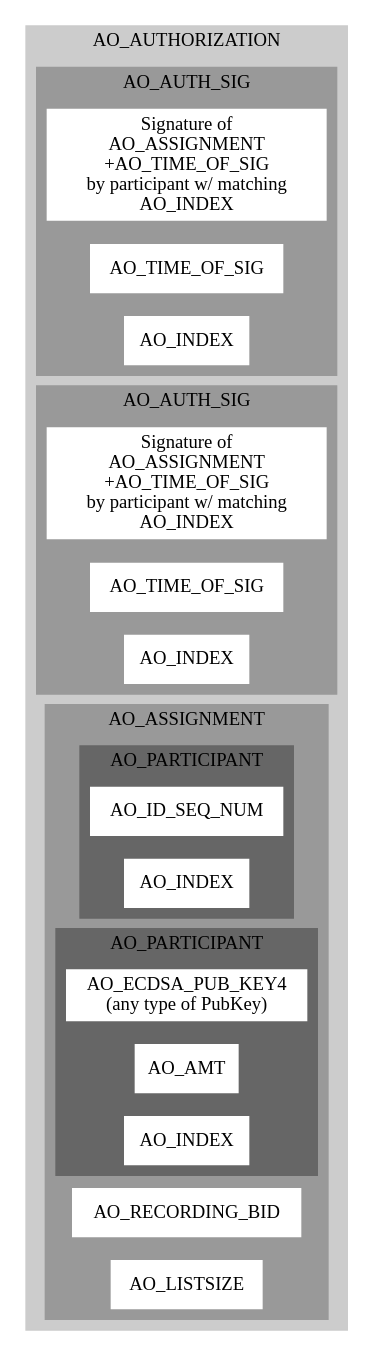
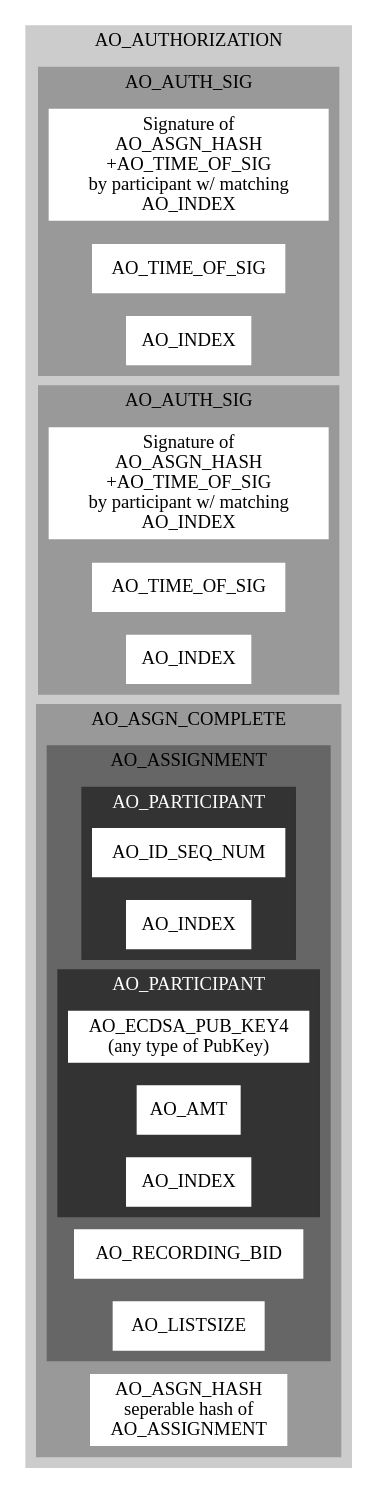
One commit to assignonward/aosuite changed the diagram in docs/graphviz/authorization.dot. Above: the diagram before and after it, drawn with Graphviz. The commit also changed 10 other files, not shown here.

```diff
--- a/docs/graphviz/authorization.dot
+++ b/docs/graphviz/authorization.dot
@@ -1,60 +1,68 @@
 digraph G 
 { rankdir=LR;
   compound=true;
 
   subgraph cluster_1 
   { style=filled;
     color=grey80;
     node [style=filled,color=white,shape=rectangle];
     label = "AO_AUTHORIZATION";
 
-    
-
     subgraph cluster_2
     { style=filled;
       color=grey60;
       node [style=filled,color=white,shape=rectangle];
-      c2s [label="Signature of\nAO_ASSIGNMENT\n+AO_TIME_OF_SIG\nby participant w/ matching\nAO_INDEX"];
+      c2s [label="Signature of\nAO_ASGN_HASH\n+AO_TIME_OF_SIG\nby participant w/ matching\nAO_INDEX"];
       c2i [label="AO_TIME_OF_SIG"];
       c2t [label="AO_INDEX"];
       label = "AO_AUTH_SIG";
     }
 
     subgraph cluster_3
     { style=filled;
       color=grey60;
       node [style=filled,color=white,shape=rectangle];
-      c3s [label="Signature of\nAO_ASSIGNMENT\n+AO_TIME_OF_SIG\nby participant w/ matching\nAO_INDEX"];
+      c3s [label="Signature of\nAO_ASGN_HASH\n+AO_TIME_OF_SIG\nby participant w/ matching\nAO_INDEX"];
       c3i [label="AO_TIME_OF_SIG"];
       c3t [label="AO_INDEX"];
       label = "AO_AUTH_SIG";
     }
 
-    subgraph cluster_4
+    subgraph cluster_7
     { style=filled;
       color=grey60;
       node [style=filled,color=white,shape=rectangle];
 
-      subgraph cluster_5
+      subgraph cluster_4
       { style=filled;
         color=grey40;
         node [style=filled,color=white,shape=rectangle];
-        c5i [label="AO_ID_SEQ_NUM"];
-        c5t [label="AO_INDEX"];
-        label = "AO_PARTICIPANT";
+
+        subgraph cluster_5
+        { style=filled;
+          color=grey20;
+          fontcolor=white;
+          node [style=filled,color=white,shape=rectangle];
+          c5i [label="AO_ID_SEQ_NUM"];
+          c5t [label="AO_INDEX"];
+          label = "AO_PARTICIPANT";
+        }
+        subgraph cluster_6
+        { style=filled;
+          color=grey20;
+          fontcolor=white;
+          node [style=filled,color=white,shape=rectangle];
+          c6i [label="AO_ECDSA_PUB_KEY4\n(any type of PubKey)"];
+          c6a [label="AO_AMT"];
+          c6t [label="AO_INDEX"];
+          label = "AO_PARTICIPANT";
+        }
+        c4r [label="AO_RECORDING_BID"];
+        c4t [label="AO_LISTSIZE"];
+        label = "AO_ASSIGNMENT";
       }
-      subgraph cluster_6
-      { style=filled;
-        color=grey40;
-        node [style=filled,color=white,shape=rectangle];
-        c6i [label="AO_ECDSA_PUB_KEY4\n(any type of PubKey)"];
-        c6a [label="AO_AMT"];
-        c6t [label="AO_INDEX"];
-        label = "AO_PARTICIPANT";
-      }
-      c4r [label="AO_RECORDING_BID"];
-      c4t [label="AO_LISTSIZE"];
-      label = "AO_ASSIGNMENT";
+      c7h [label="AO_ASGN_HASH\nseperable hash of\nAO_ASSIGNMENT"];
+      label = "AO_ASGN_COMPLETE";
     }
- }
+  }
 }
```
